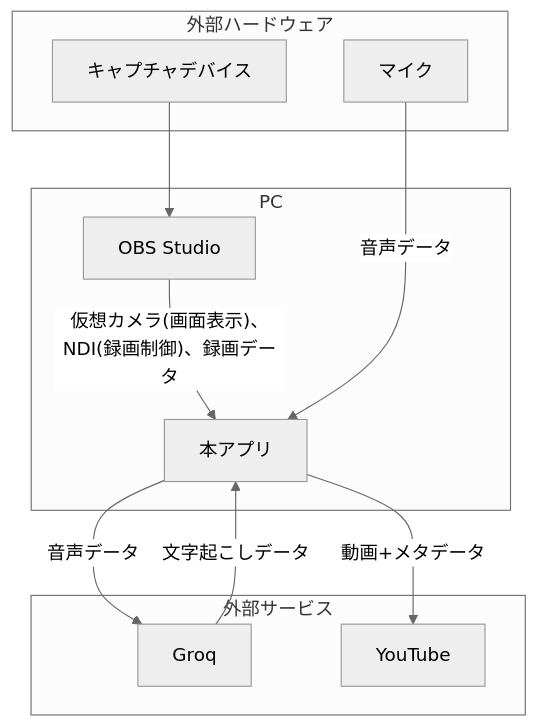
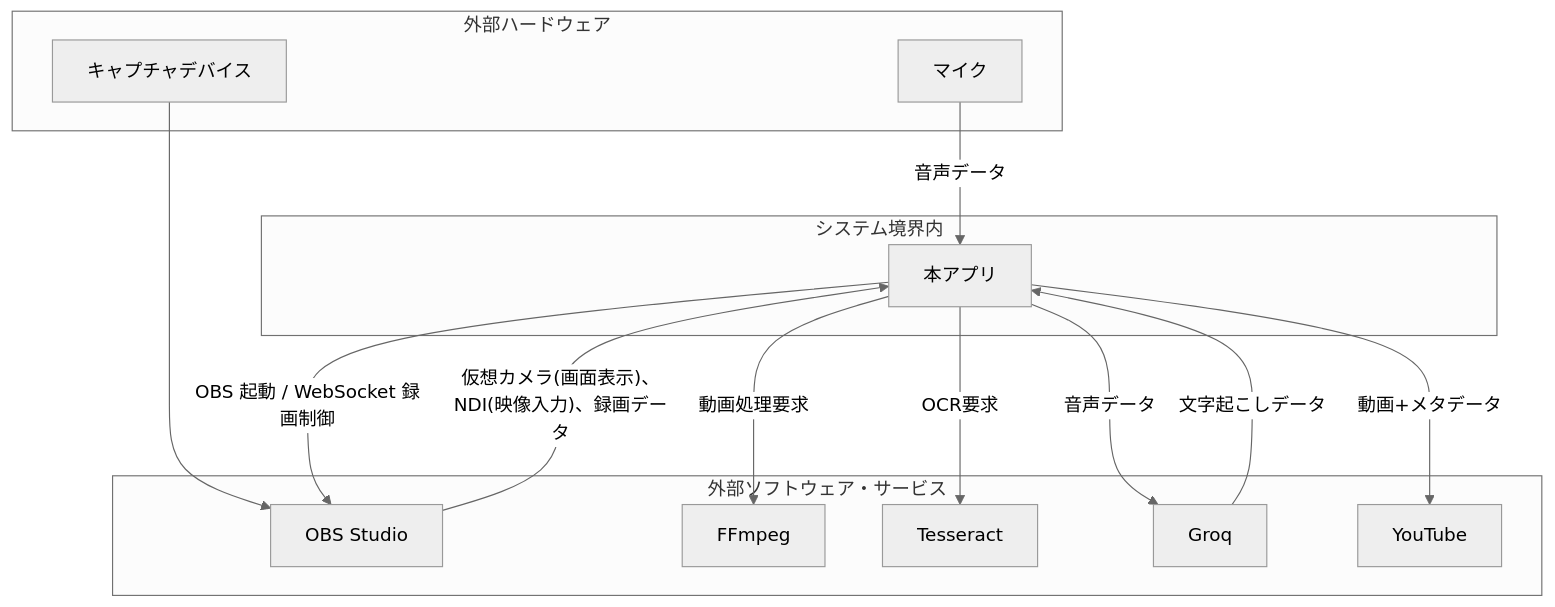
Before and after one commit to saw4405/splat-replay2: the third of 8 diagrams in docs/external_spec.md, drawn with Mermaid (neutral theme). The commit also changed other lines of this file and 36 other files, not shown here.

````diff
--- a/docs/external_spec.md
+++ b/docs/external_spec.md
@@ -34,19 +98,27 @@
 ```mermaid
 graph TD
     subgraph 外部ハードウェア
         Microphone[マイク]
         CaptureDevice[キャプチャデバイス]
     end
-    subgraph 外部サービス
+    subgraph ExternalSoftwareServices["外部ソフトウェア・サービス"]
+        OBS[OBS Studio]
+        FFmpeg[FFmpeg]
+        Tesseract[Tesseract]
         Groq[Groq]
         YouTube[YouTube]
     end
-    subgraph PC
-        CaptureDevice --> OBS[OBS Studio]
-        OBS -- 仮想カメラ(画面表示)、NDI(録画制御)、録画データ --> App[本アプリ]
-        Microphone[マイク] -- 音声データ --> App
-        App -- 音声データ --> Groq
-        Groq -- 文字起こしデータ --> App
-        App -- 動画+メタデータ --> YouTube
+    subgraph システム境界内
+        App[本アプリ]
     end
+
+    CaptureDevice --> OBS
+    App -- OBS 起動 / WebSocket 録画制御 --> OBS
+    OBS -- 仮想カメラ(画面表示)、NDI(映像入力)、録画データ --> App
+    Microphone -- 音声データ --> App
+    App -- 動画処理要求 --> FFmpeg
+    App -- OCR要求 --> Tesseract
+    App -- 音声データ --> Groq
+    Groq -- 文字起こしデータ --> App
+    App -- 動画+メタデータ --> YouTube
 ```
````
